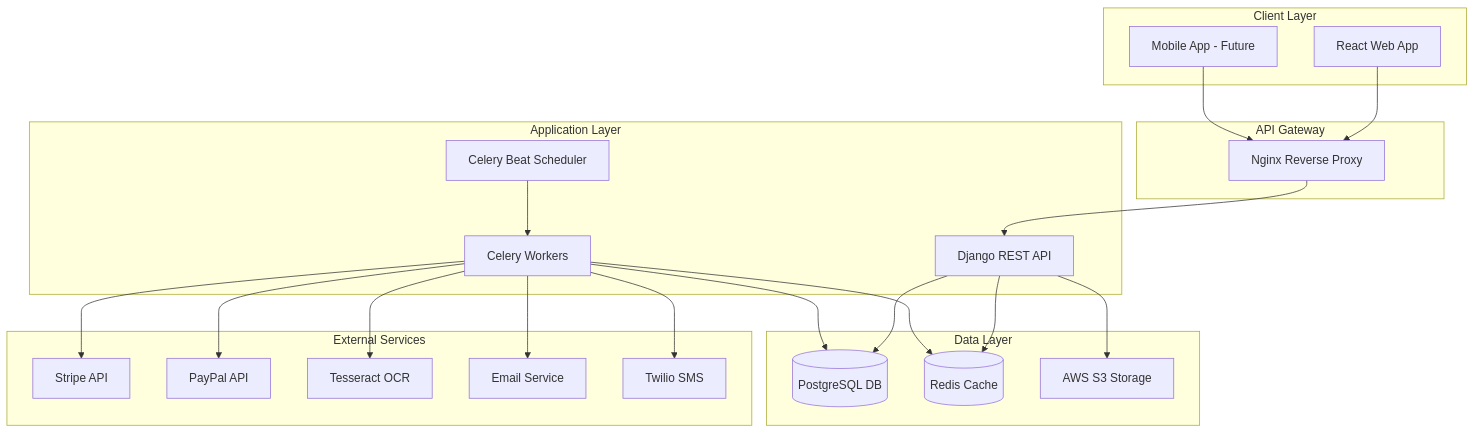
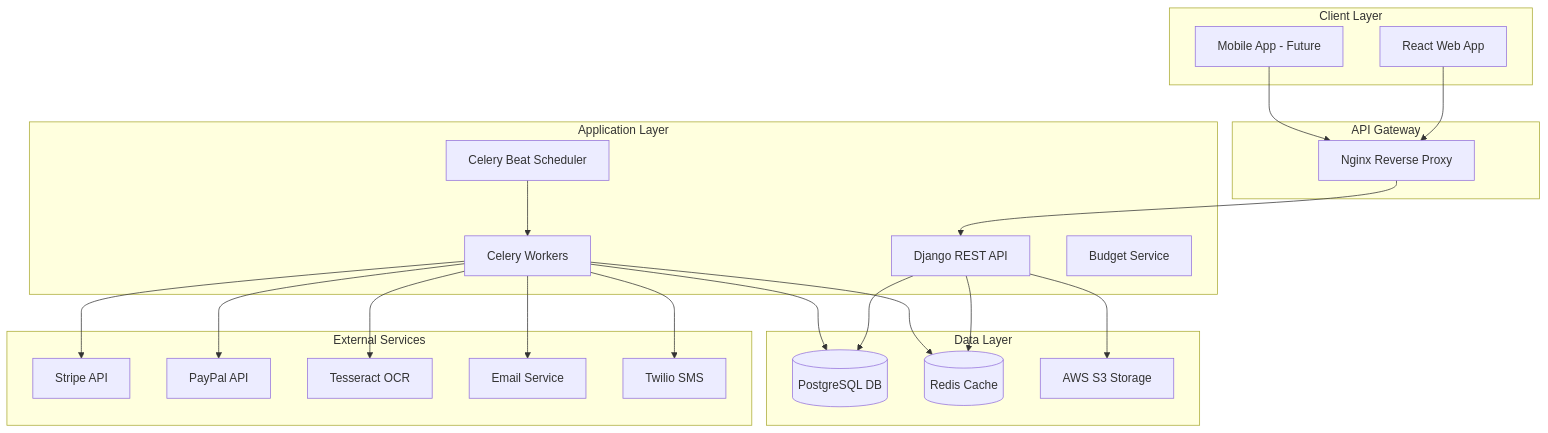
Before and after one commit to Raj-exe-10/Expense-Tracker-And-Analytics: the first of 9 diagrams in docs/DEVELOPER_GUIDE.md, drawn with Mermaid. The commit also changed other lines of this file and 1 other file, not shown here.

````diff
--- a/docs/DEVELOPER_GUIDE.md
+++ b/docs/DEVELOPER_GUIDE.md
@@ -40,46 +40,47 @@
 ```mermaid
 graph TB
     subgraph "Client Layer"
         WEB[React Web App]
         MOBILE[Mobile App - Future]
     end
     
     subgraph "API Gateway"
         NGINX[Nginx Reverse Proxy]
     end
     
     subgraph "Application Layer"
         DJANGO[Django REST API]
         CELERY[Celery Workers]
         BEAT[Celery Beat Scheduler]
+        BUDGET[Budget Service]
     end
     
     subgraph "Data Layer"
         POSTGRES[(PostgreSQL DB)]
         REDIS[(Redis Cache)]
         S3[AWS S3 Storage]
     end
     
     subgraph "External Services"
         STRIPE[Stripe API]
         PAYPAL[PayPal API]
         OCR[Tesseract OCR]
         EMAIL[Email Service]
         SMS[Twilio SMS]
     end
     
     WEB --> NGINX
     MOBILE --> NGINX
     NGINX --> DJANGO
     DJANGO --> POSTGRES
     DJANGO --> REDIS
     DJANGO --> S3
     CELERY --> POSTGRES
     CELERY --> REDIS
     BEAT --> CELERY
     CELERY --> STRIPE
     CELERY --> PAYPAL
     CELERY --> OCR
     CELERY --> EMAIL
     CELERY --> SMS
 ```
````
